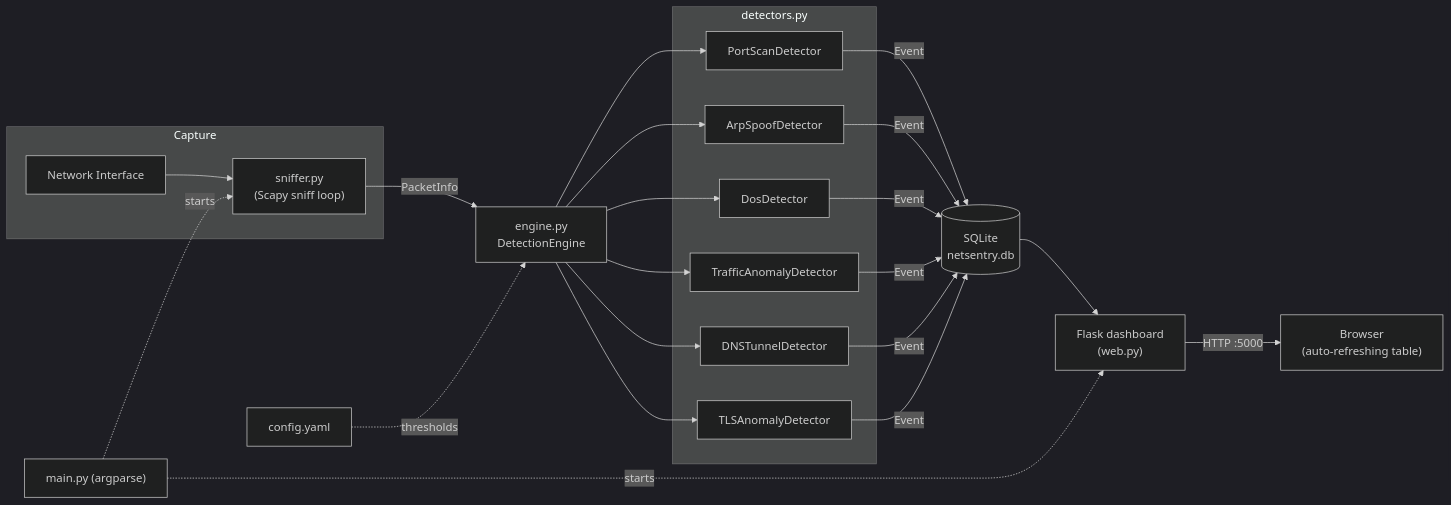
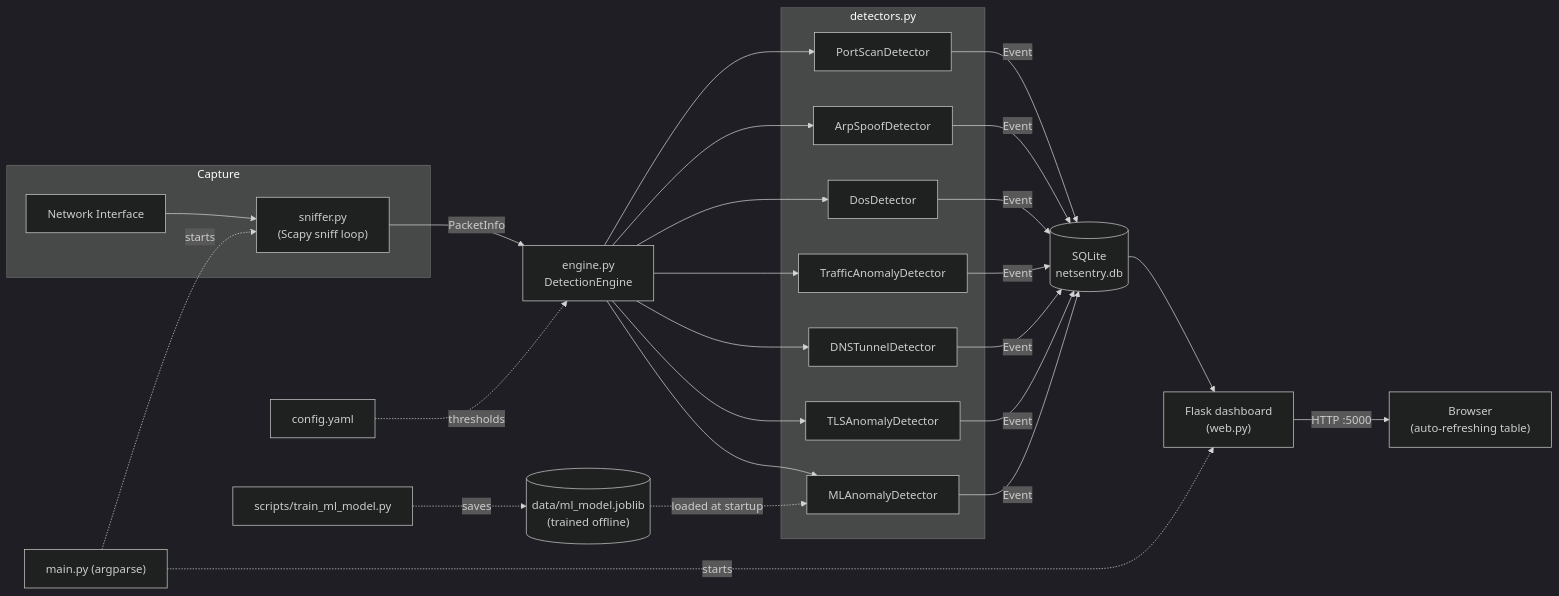
The diagram in README.md (Deipedra34/NetSentry), drawn with Mermaid (dark theme) before and after one commit. The commit also changed other lines of this file and 11 other files, not shown here.

````diff
--- a/README.md
+++ b/README.md
@@ -44,38 +45,44 @@
 ```mermaid
 flowchart LR
     subgraph Capture
         NIC["Network Interface"] --> Sniffer["sniffer.py\n(Scapy sniff loop)"]
     end
 
     Sniffer -->|"PacketInfo"| Engine["engine.py\nDetectionEngine"]
 
     subgraph Detectors["detectors.py"]
         PS["PortScanDetector"]
         ARP["ArpSpoofDetector"]
         DOS["DosDetector"]
         ANOM["TrafficAnomalyDetector"]
         DNS["DNSTunnelDetector"]
         TLS["TLSAnomalyDetector"]
+        ML["MLAnomalyDetector"]
     end
 
     Engine --> PS
     Engine --> ARP
     Engine --> DOS
     Engine --> ANOM
     Engine --> DNS
     Engine --> TLS
+    Engine --> ML
 
     PS -->|"Event"| DB[("SQLite\nnetsentry.db")]
     ARP -->|"Event"| DB
     DOS -->|"Event"| DB
     ANOM -->|"Event"| DB
     DNS -->|"Event"| DB
     TLS -->|"Event"| DB
+    ML -->|"Event"| DB
+
+    Model[("data/ml_model.joblib\n(trained offline)")] -.loaded at startup.-> ML
+    Train["scripts/train_ml_model.py"] -.saves.-> Model
 
     DB --> Web["Flask dashboard\n(web.py)"]
     Web -->|"HTTP :5000"| Browser["Browser\n(auto-refreshing table)"]
 
     Config["config.yaml"] -.thresholds.-> Engine
     CLI["main.py (argparse)"] -.starts.-> Sniffer
     CLI -.starts.-> Web
 ```
````
